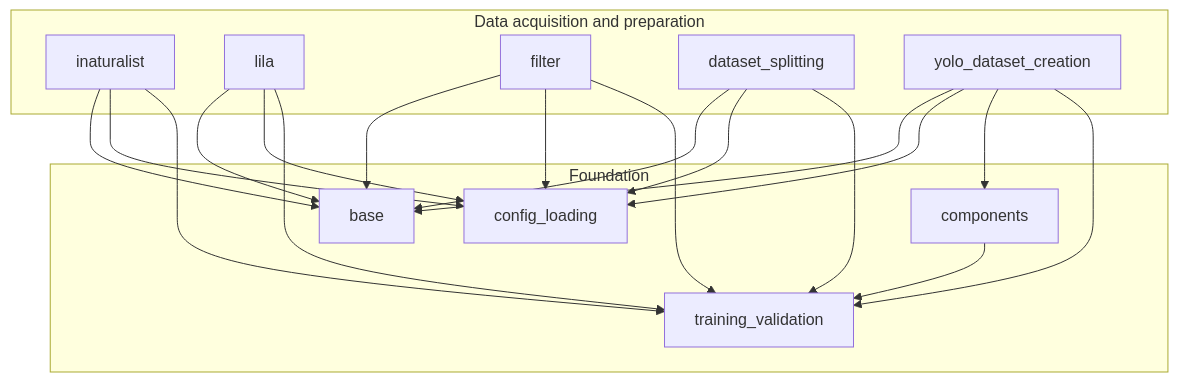
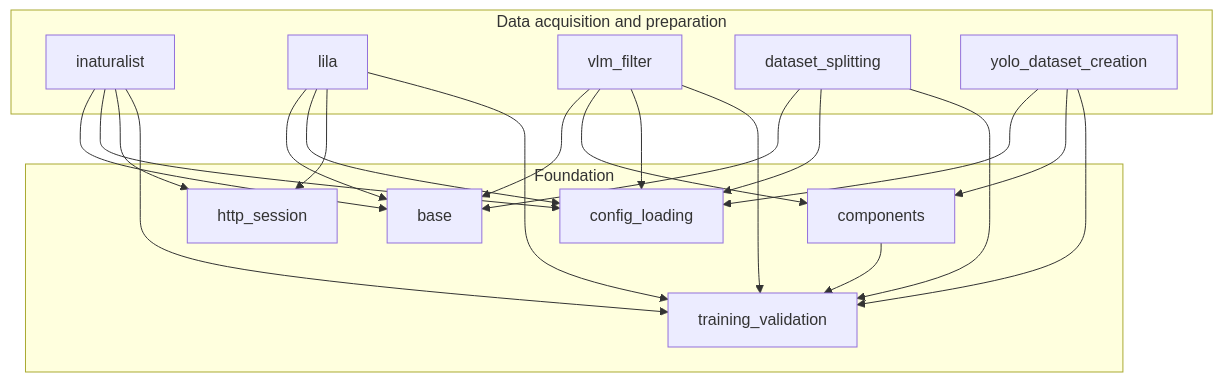
Before and after one commit to ssciwr/smartrodent_experiments: the second of 7 diagrams in README.md, drawn with Mermaid. The commit also changed other lines of this file and 33 other files, not shown here.

````diff
--- a/README.md
+++ b/README.md
@@ -201,35 +207,38 @@
 ```mermaid
 flowchart TB
     subgraph data["Data acquisition and preparation"]
         inaturalist
         lila
-        filter
+        vlm_filter
         dataset_splitting
         yolo_dataset_creation
     end
 
     subgraph foundation["Foundation"]
         base
         config_loading
         components
+        http_session
         training_validation
     end
 
     inaturalist --> base
     inaturalist --> config_loading
+    inaturalist --> http_session
     inaturalist --> training_validation
     lila --> base
     lila --> config_loading
+    lila --> http_session
     lila --> training_validation
-    filter --> base
-    filter --> config_loading
-    filter --> training_validation
+    vlm_filter --> base
+    vlm_filter --> components
+    vlm_filter --> config_loading
+    vlm_filter --> training_validation
     dataset_splitting --> base
     dataset_splitting --> config_loading
     dataset_splitting --> training_validation
-    yolo_dataset_creation --> base
     yolo_dataset_creation --> config_loading
     yolo_dataset_creation --> components
     yolo_dataset_creation --> training_validation
     components --> training_validation
 ```
````
